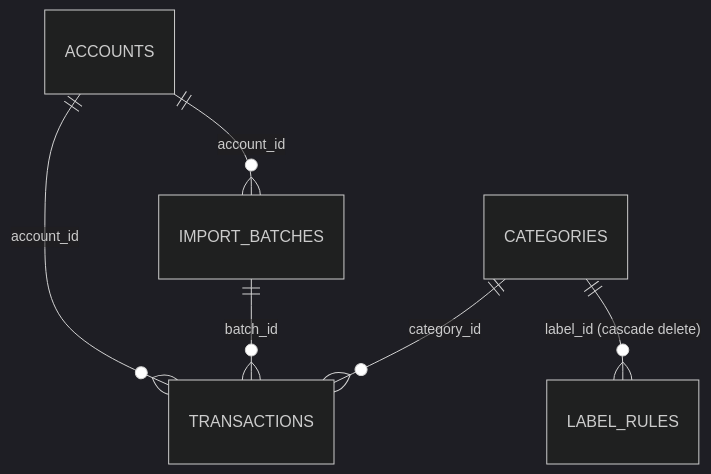
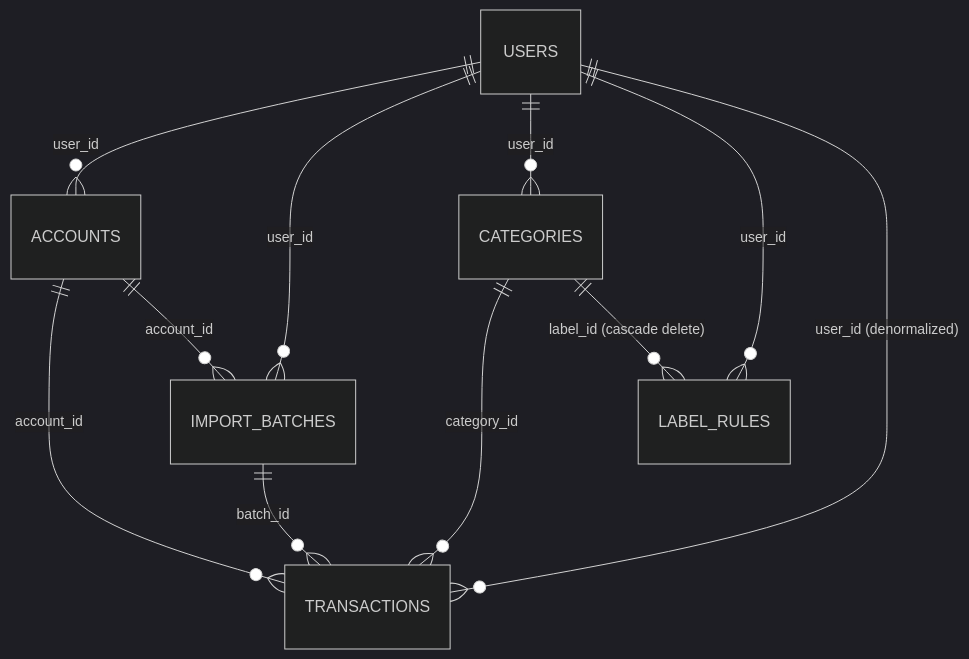
Before and after one commit to j-stechmann/dkb-csv-export-analysis: the diagram in docs/data-model.md, drawn with Mermaid (dark theme). The commit also changed other lines of this file and 71 other files, not shown here.

````diff
--- a/docs/data-model.md
+++ b/docs/data-model.md
@@ -40,8 +42,13 @@
 ```mermaid
 erDiagram
+  USERS ||--o{ ACCOUNTS : "user_id"
+  USERS ||--o{ IMPORT_BATCHES : "user_id"
+  USERS ||--o{ CATEGORIES : "user_id"
+  USERS ||--o{ LABEL_RULES : "user_id"
+  USERS ||--o{ TRANSACTIONS : "user_id (denormalized)"
   ACCOUNTS ||--o{ TRANSACTIONS : "account_id"
   ACCOUNTS ||--o{ IMPORT_BATCHES : "account_id"
   IMPORT_BATCHES ||--o{ TRANSACTIONS : "batch_id"
   CATEGORIES ||--o{ TRANSACTIONS : "category_id"
   CATEGORIES ||--o{ LABEL_RULES : "label_id (cascade delete)"
 ```
````
